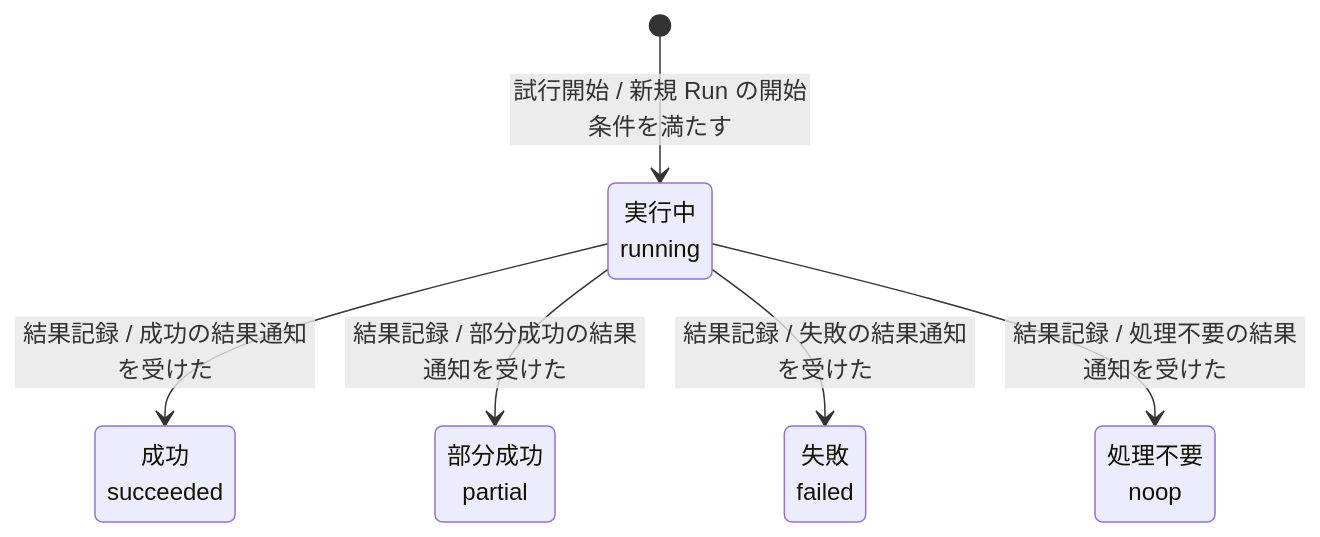
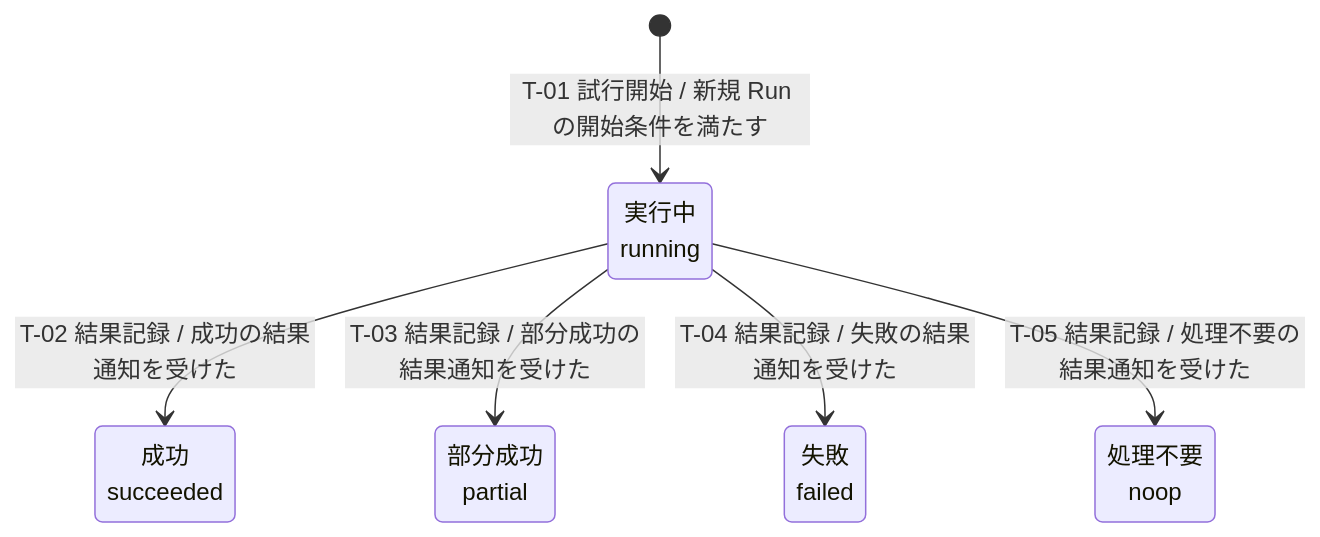
The first of 2 diagrams in docs/ja/product/010-business-specs/020-data-model/stsd-job-run.md (specdojo/specdojo), drawn with Mermaid before and after one commit. The commit also changed other lines of this file and 5 other files, not shown here.

````diff
--- a/docs/ja/product/010-business-specs/020-data-model/stsd-job-run.md
+++ b/docs/ja/product/010-business-specs/020-data-model/stsd-job-run.md
@@ -47,13 +59,13 @@
 ```mermaid
 stateDiagram-v2
   state "実行中<br>running" as running
   state "成功<br>succeeded" as succeeded
   state "部分成功<br>partial" as partial
   state "失敗<br>failed" as failed
   state "処理不要<br>noop" as noop
-  [*] --> running : 試行開始 / 新規 Run の開始条件を満たす
-  running --> succeeded : 結果記録 / 成功の結果通知を受けた
-  running --> partial : 結果記録 / 部分成功の結果通知を受けた
-  running --> failed : 結果記録 / 失敗の結果通知を受けた
-  running --> noop : 結果記録 / 処理不要の結果通知を受けた
+  [*] --> running : T-01 試行開始 / 新規 Run の開始条件を満たす
+  running --> succeeded : T-02 結果記録 / 成功の結果通知を受けた
+  running --> partial : T-03 結果記録 / 部分成功の結果通知を受けた
+  running --> failed : T-04 結果記録 / 失敗の結果通知を受けた
+  running --> noop : T-05 結果記録 / 処理不要の結果通知を受けた
 ```
````
